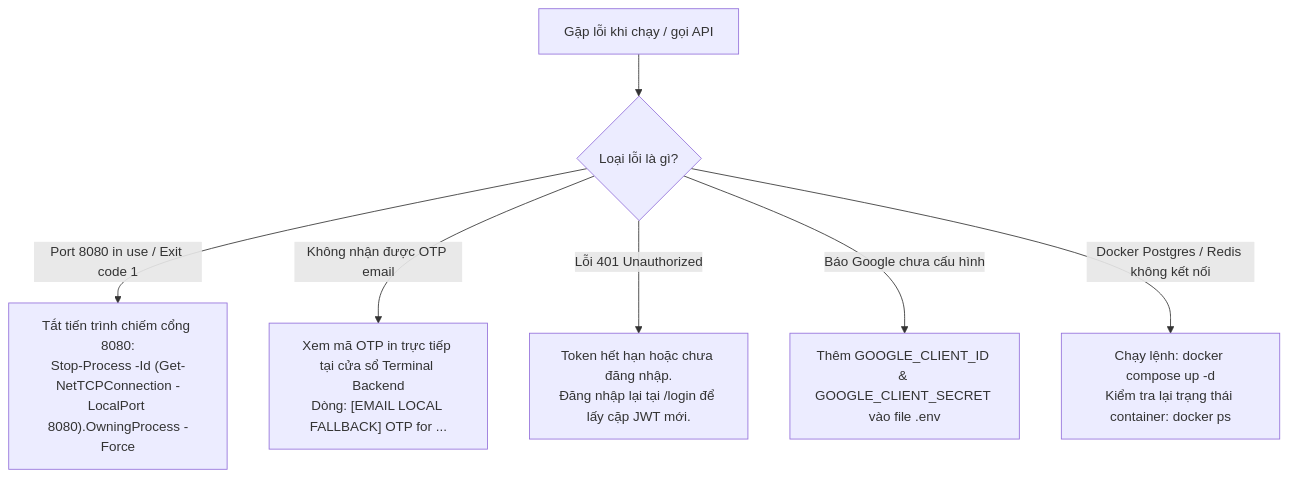
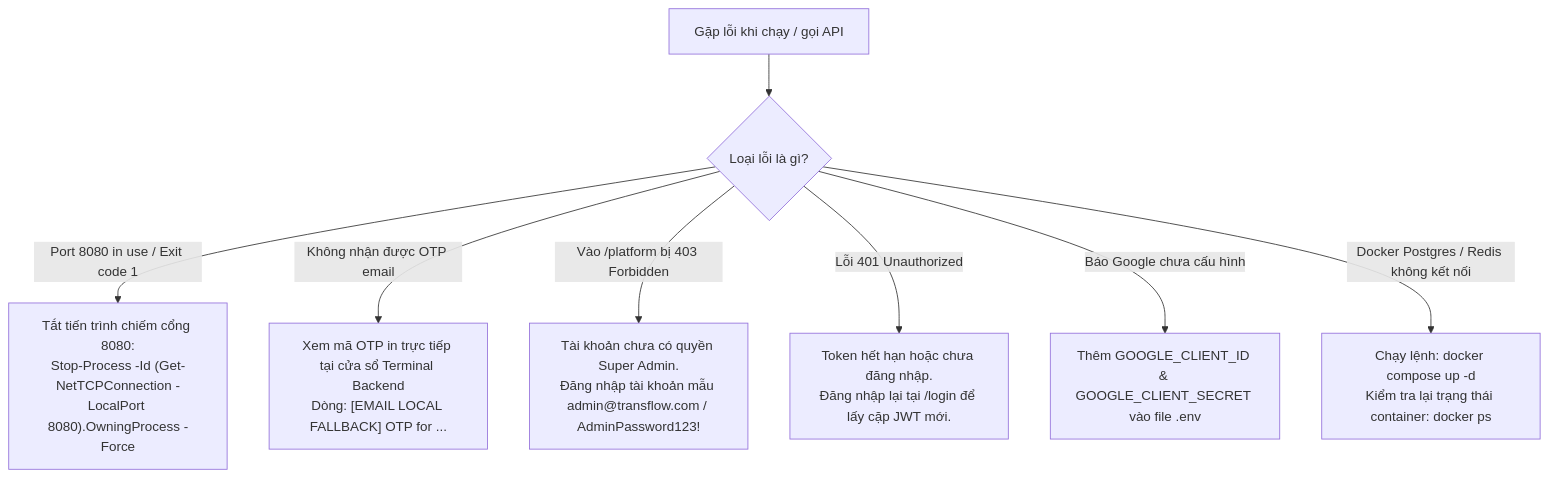
One commit to Hoc273/TransFlow changed the diagram in docs/API_CONNECTION_ISSUES_AND_CHECKLIST.md. Above: the diagram before and after it, drawn with Mermaid. The commit also changed other lines of this file, not shown here.

Commit message:
docs: update API connection issues with super admin fix, costmode sync, and accurate phase progress

````diff
--- a/docs/API_CONNECTION_ISSUES_AND_CHECKLIST.md
+++ b/docs/API_CONNECTION_ISSUES_AND_CHECKLIST.md
@@ -155,10 +205,11 @@
 ```mermaid
 flowchart TD
     Start["Gặp lỗi khi chạy / gọi API"] --> CheckType{"Loại lỗi là gì?"}
 
     CheckType -->|"Port 8080 in use / Exit code 1"| PortErr["Tắt tiến trình chiếm cổng 8080:<br/>Stop-Process -Id (Get-NetTCPConnection -LocalPort 8080).OwningProcess -Force"]
     CheckType -->|"Không nhận được OTP email"| MailErr["Xem mã OTP in trực tiếp tại cửa sổ Terminal Backend<br/>Dòng: [EMAIL LOCAL FALLBACK] OTP for ..."]
+    CheckType -->|"Vào /platform bị 403 Forbidden"| AdminErr["Tài khoản chưa có quyền Super Admin.<br/>Đăng nhập tài khoản mẫu admin@transflow.com / AdminPassword123!"]
     CheckType -->|"Lỗi 401 Unauthorized"| AuthErr["Token hết hạn hoặc chưa đăng nhập.<br/>Đăng nhập lại tại /login để lấy cặp JWT mới."]
     CheckType -->|"Báo Google chưa cấu hình"| GoogleErr["Thêm GOOGLE_CLIENT_ID & GOOGLE_CLIENT_SECRET vào file .env"]
     CheckType -->|"Docker Postgres / Redis không kết nối"| DockerErr["Chạy lệnh: docker compose up -d<br/>Kiểm tra lại trạng thái container: docker ps"]
 ```
````
